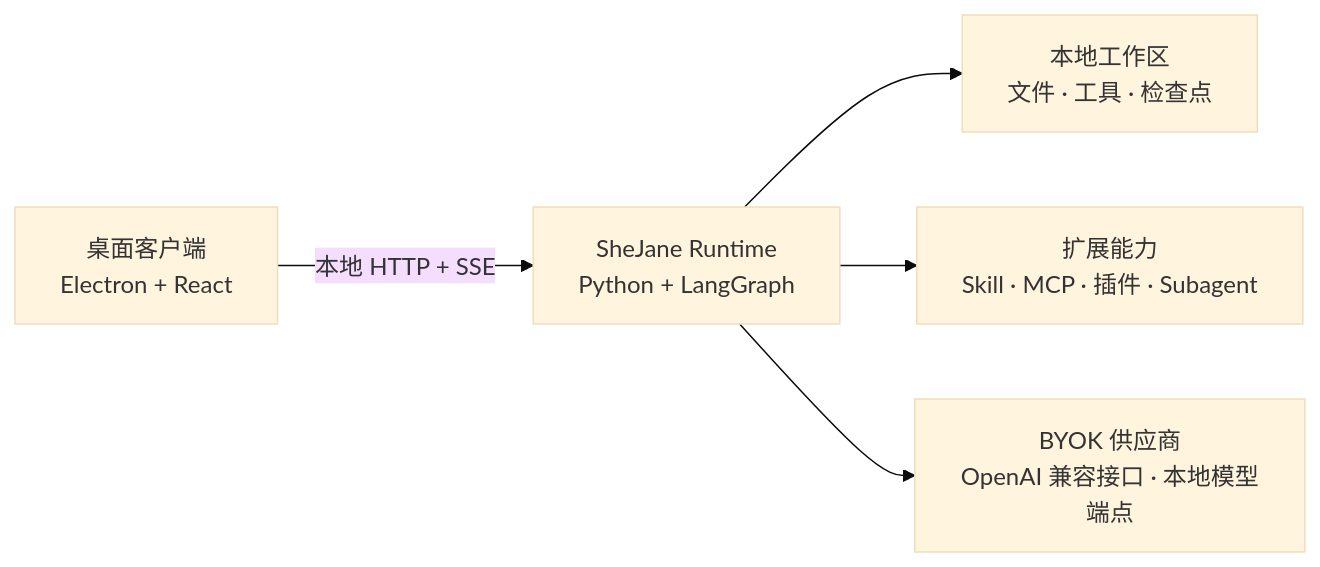
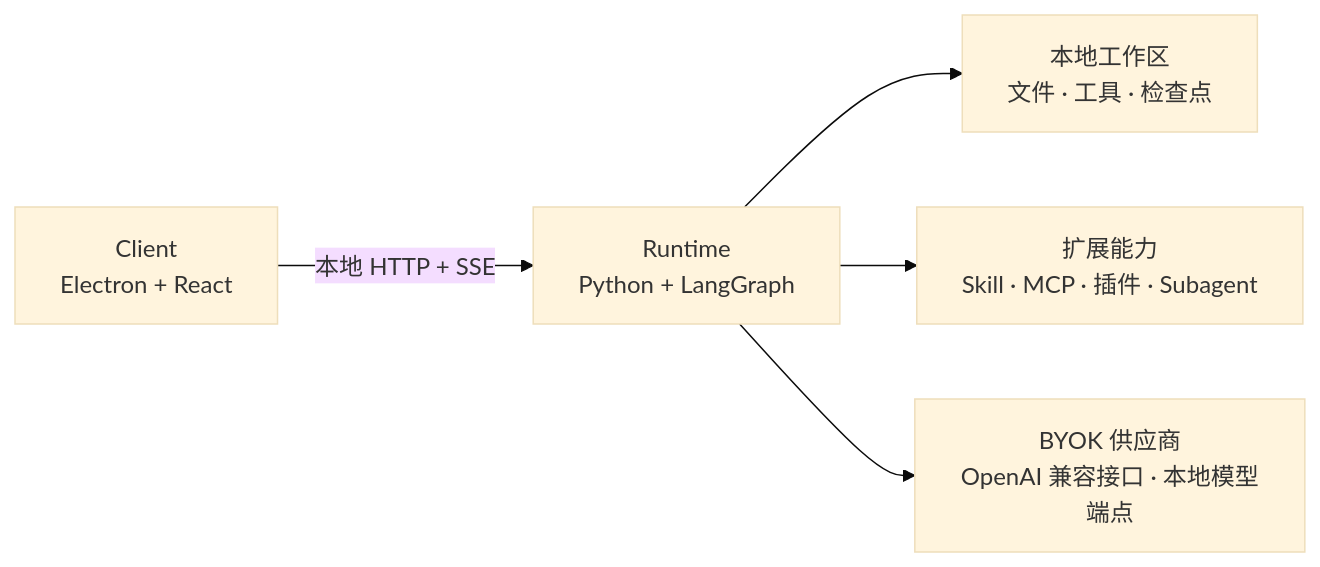
Before and after one commit to jimmyrogue/SheJane: the diagram in README.zh-CN.md, drawn with Mermaid (base theme). The commit also changed other lines of this file and 843 other files, not shown here.

Commit message:
refactor: clarify client and runtime modules

````diff
--- a/README.zh-CN.md
+++ b/README.zh-CN.md
@@ -25,7 +25,7 @@
 ```mermaid
 flowchart LR
-    D["桌面客户端<br/>Electron + React"] -->|"本地 HTTP + SSE"| R["SheJane Runtime<br/>Python + LangGraph"]
+    C["Client<br/>Electron + React"] -->|"本地 HTTP + SSE"| R["Runtime<br/>Python + LangGraph"]
     R --> W["本地工作区<br/>文件 · 工具 · 检查点"]
     R --> E["扩展能力<br/>Skill · MCP · 插件 · Subagent"]
     R --> B["BYOK 供应商<br/>OpenAI 兼容接口 · 本地模型端点"]
 ```
````
